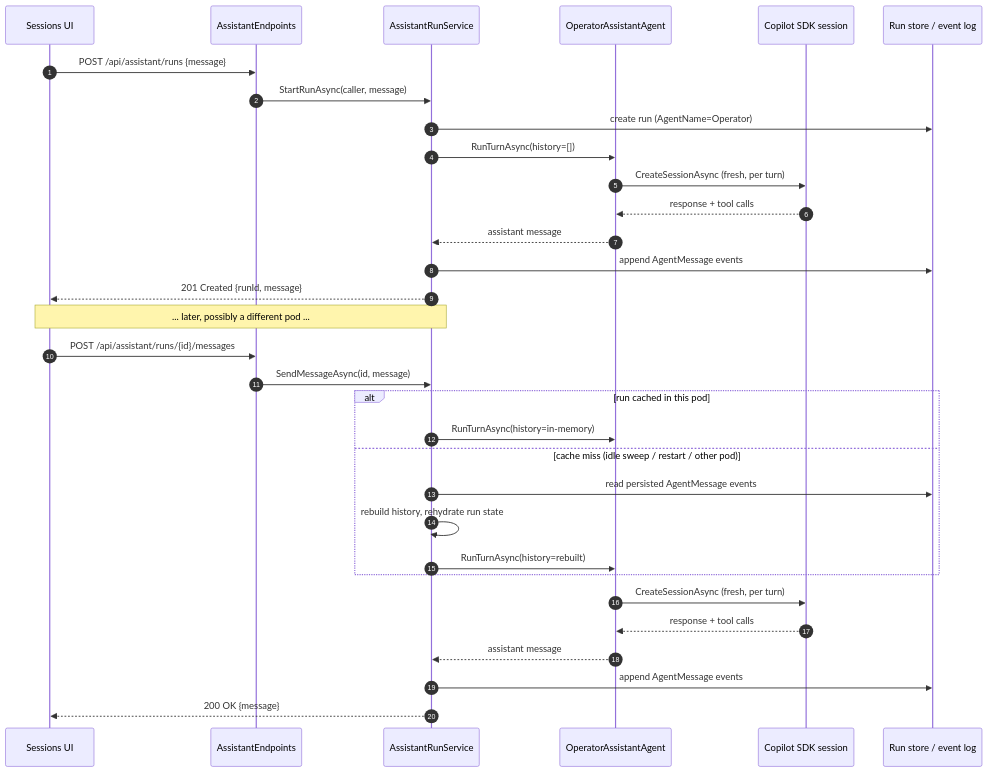
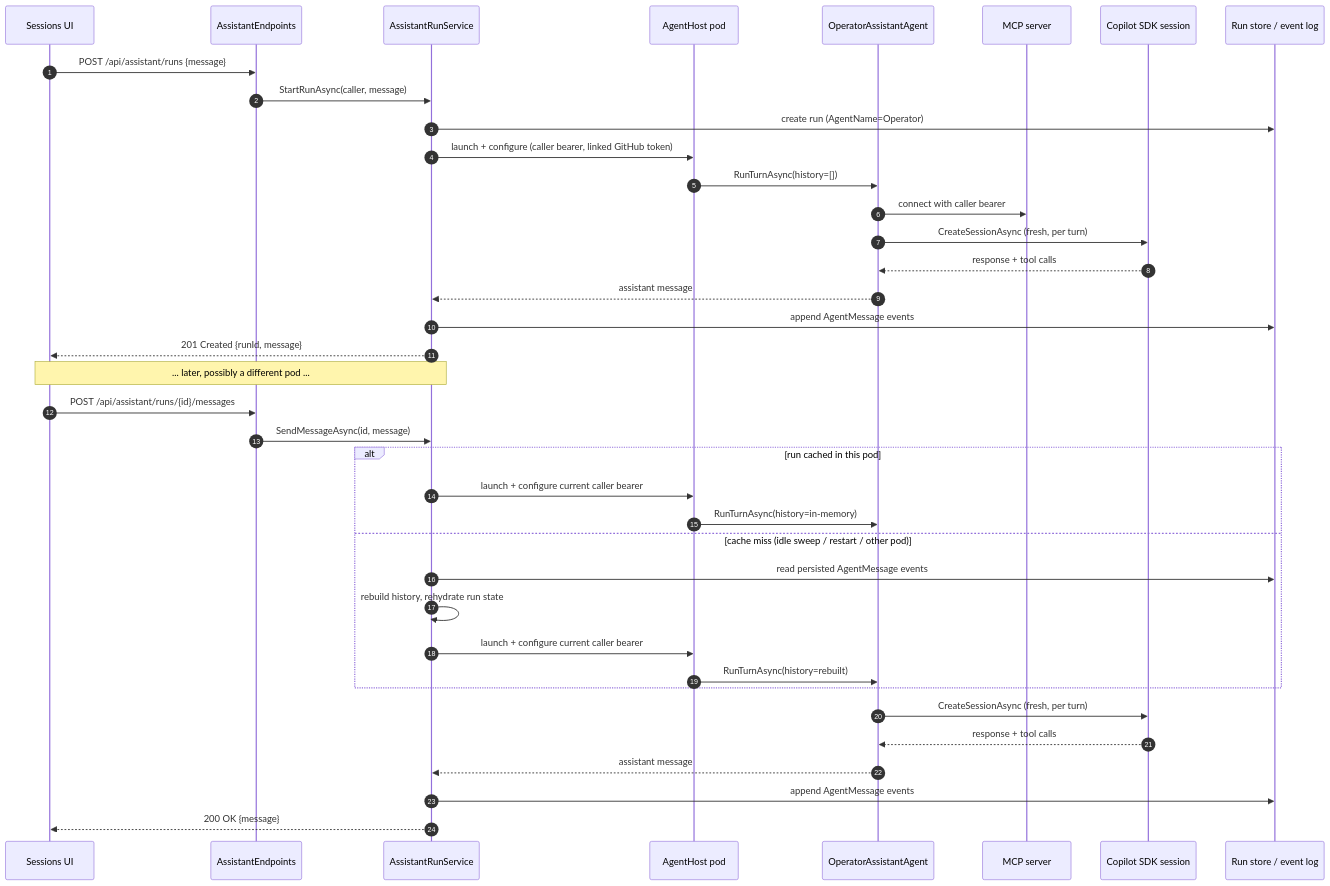
The diagram in docs/deep-dive/assistant-runtime.md (sabbour/agentweaver), drawn with Mermaid before and after one commit. The commit also changed other lines of this file and 23 other files, not shown here.

````diff
--- a/docs/deep-dive/assistant-runtime.md
+++ b/docs/deep-dive/assistant-runtime.md
@@ -21,37 +23,43 @@
 ```mermaid
 sequenceDiagram
     autonumber
     participant UI as Sessions UI
     participant EP as AssistantEndpoints
     participant SVC as AssistantRunService
+    participant HOST as AgentHost pod
     participant AGT as OperatorAssistantAgent
+    participant MCP as MCP server
     participant SDK as Copilot SDK session
     participant STORE as Run store / event log
 
     UI->>EP: POST /api/assistant/runs {message}
     EP->>SVC: StartRunAsync(caller, message)
     SVC->>STORE: create run (AgentName=Operator)
-    SVC->>AGT: RunTurnAsync(history=[])
+    SVC->>HOST: launch + configure (caller bearer, linked GitHub token)
+    HOST->>AGT: RunTurnAsync(history=[])
+    AGT->>MCP: connect with caller bearer
     AGT->>SDK: CreateSessionAsync (fresh, per turn)
     SDK-->>AGT: response + tool calls
     AGT-->>SVC: assistant message
     SVC->>STORE: append AgentMessage events
     SVC-->>UI: 201 Created {runId, message}
 
     Note over UI,SVC: ... later, possibly a different pod ...
 
     UI->>EP: POST /api/assistant/runs/{id}/messages
     EP->>SVC: SendMessageAsync(id, message)
     alt run cached in this pod
-        SVC->>AGT: RunTurnAsync(history=in-memory)
+        SVC->>HOST: launch + configure current caller bearer
+        HOST->>AGT: RunTurnAsync(history=in-memory)
     else cache miss (idle sweep / restart / other pod)
         SVC->>STORE: read persisted AgentMessage events
         SVC->>SVC: rebuild history, rehydrate run state
-        SVC->>AGT: RunTurnAsync(history=rebuilt)
+        SVC->>HOST: launch + configure current caller bearer
+        HOST->>AGT: RunTurnAsync(history=rebuilt)
     end
     AGT->>SDK: CreateSessionAsync (fresh, per turn)
     SDK-->>AGT: response + tool calls
     AGT-->>SVC: assistant message
     SVC->>STORE: append AgentMessage events
     SVC-->>UI: 200 OK {message}
 ```
````
